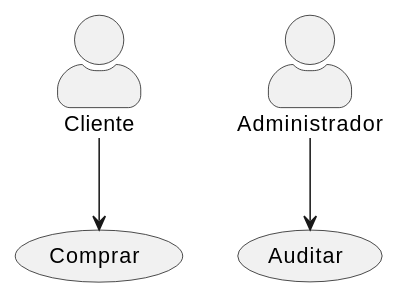
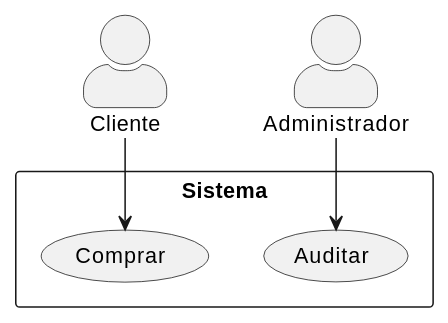
One commit to gaaguirrer/Clases changed the fourth of 26 diagrams in Ingeniería del Software I/Materiales/Introducción casos de uso.md. Above: the diagram before and after it, drawn with PlantUML. The commit also changed other lines of this file and 14 other files, not shown here.

````diff
--- a/Ingeniería del Software I/Materiales/Introducción casos de uso.md
+++ b/Ingeniería del Software I/Materiales/Introducción casos de uso.md
@@ -89,9 +114,15 @@
 ```plantuml
 @startuml
 skinparam actorStyle awesome
 :Cliente: as C
 :Administrador: as A
+
+rectangle "Sistema" {
+    (Comprar)
+    (Auditar)
+}
+
 C --> (Comprar)
 A --> (Auditar)
 @enduml
 ```
````
